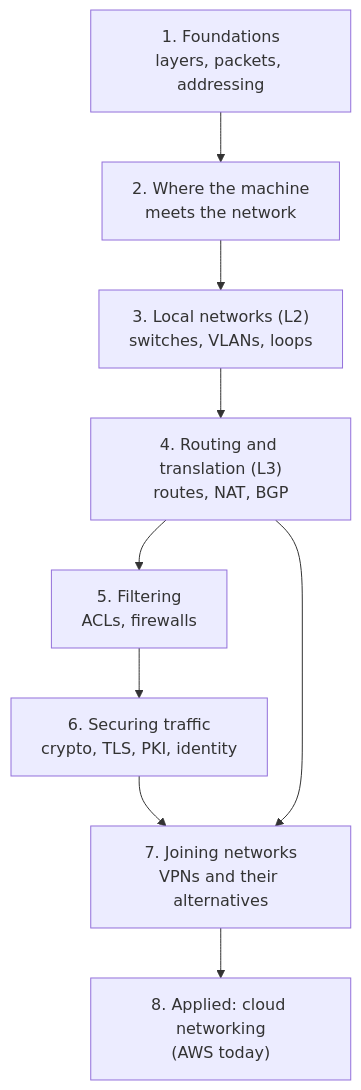
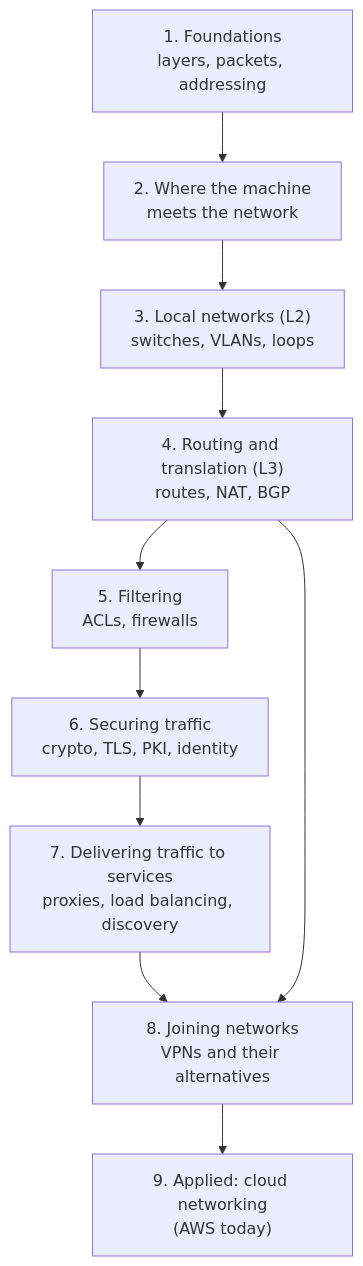
The diagram in Areas/Networking/Networking.md (IhebBelhadj/second_brain), drawn with Mermaid before and after one commit. The commit also changed other lines of this file and 11 other files, not shown here.

````diff
--- a/Areas/Networking/Networking.md
+++ b/Areas/Networking/Networking.md
@@ -14,11 +14,12 @@
 ```mermaid
 flowchart TD
     F["1. Foundations<br/>layers, packets, addressing"] --> H["2. Where the machine<br/>meets the network"]
     H --> L2["3. Local networks (L2)<br/>switches, VLANs, loops"]
     L2 --> L3["4. Routing and translation (L3)<br/>routes, NAT, BGP"]
     L3 --> FI["5. Filtering<br/>ACLs, firewalls"]
     FI --> S["6. Securing traffic<br/>crypto, TLS, PKI, identity"]
-    S --> V["7. Joining networks<br/>VPNs and their alternatives"]
-    V --> C["8. Applied: cloud networking<br/>(AWS today)"]
+    S --> T["7. Delivering traffic to services<br/>proxies, load balancing, discovery"]
+    T --> V["8. Joining networks<br/>VPNs and their alternatives"]
+    V --> C["9. Applied: cloud networking<br/>(AWS today)"]
     L3 --> V
 ```
````
